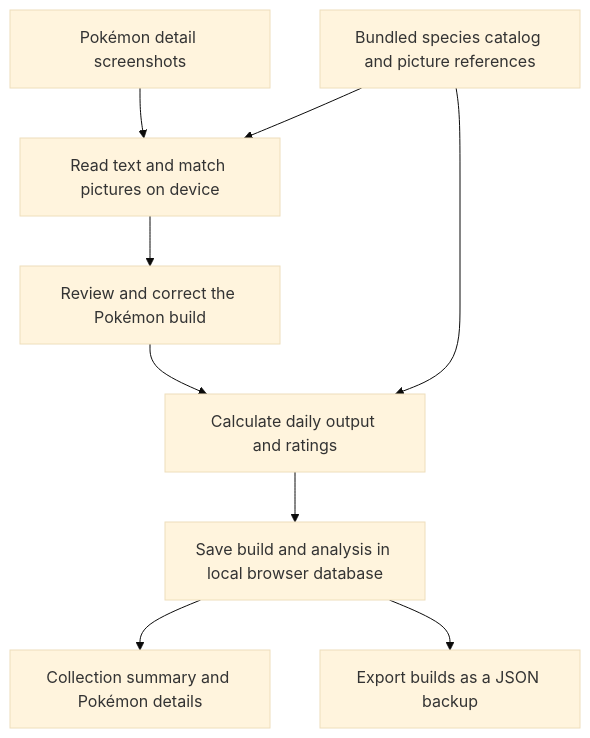
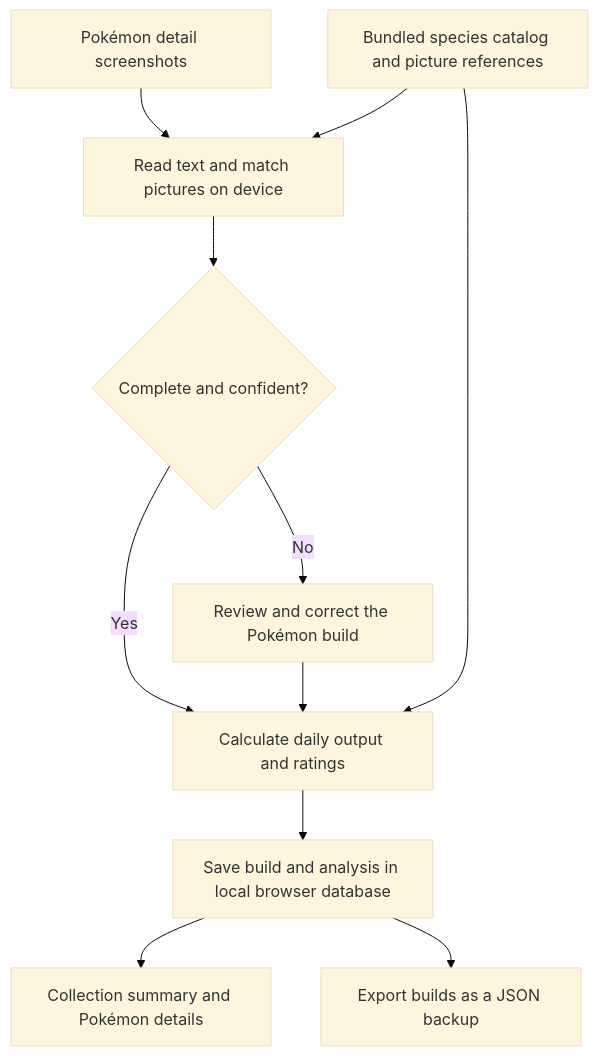
Before and after one commit to bingqchen/SleepAtlas: the diagram in docs/how-sleep-atlas-works.md, drawn with Mermaid (base theme). The commit also changed other lines of this file and 15 other files, not shown here.

````diff
--- a/docs/how-sleep-atlas-works.md
+++ b/docs/how-sleep-atlas-works.md
@@ -9,11 +9,13 @@
 ```mermaid
 flowchart TD
     A[Pokémon detail screenshots] --> B[Read text and match pictures on device]
     C[Bundled species catalog and picture references] --> B
-    B --> D[Review and correct the Pokémon build]
+    B --> Q{Complete and confident?}
+    Q -->|No| D[Review and correct the Pokémon build]
+    Q -->|Yes| E
     D --> E[Calculate daily output and ratings]
     C --> E
     E --> F[Save build and analysis in local browser database]
     F --> G[Collection summary and Pokémon details]
     F --> H[Export builds as a JSON backup]
 ```
````
